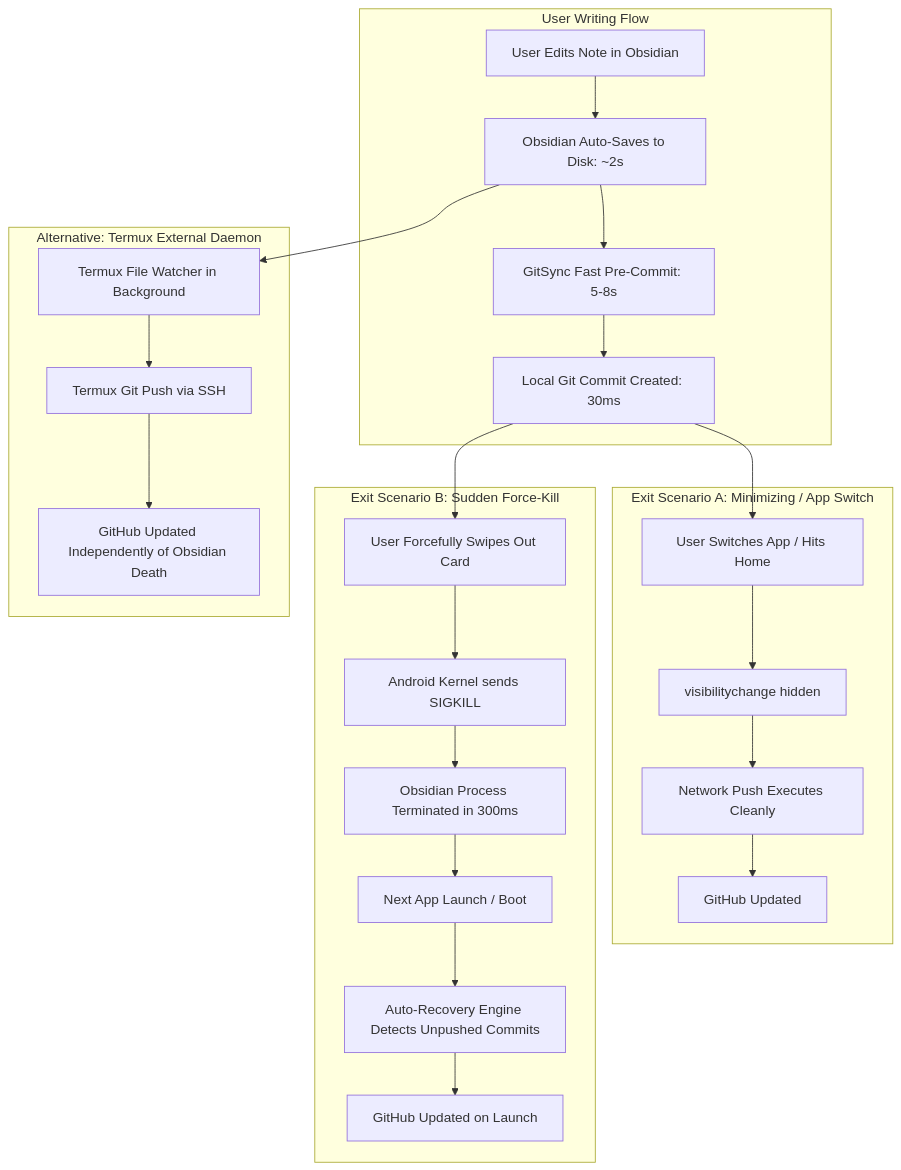
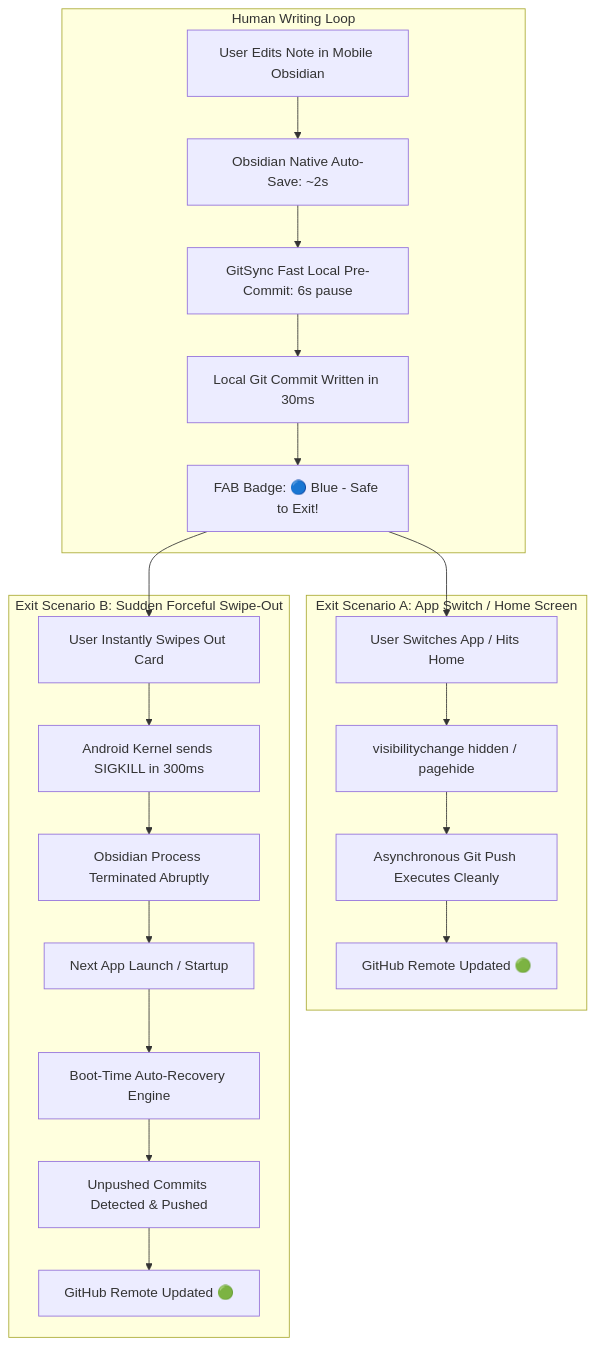
One commit to anonymous5-coder/Obsidian_files changed the diagram in GIT_SYNC_COMPANION_PROPOSAL.md. Above: the diagram before and after it, drawn with Mermaid. The commit also changed other lines of this file and 1 other file, not shown here.

````diff
--- a/GIT_SYNC_COMPANION_PROPOSAL.md
+++ b/GIT_SYNC_COMPANION_PROPOSAL.md
@@ -52,30 +52,26 @@
 ```mermaid
 flowchart TD
-    subgraph User Writing Flow
-        E[User Edits Note in Obsidian] --> SAVE[Obsidian Auto-Saves to Disk: ~2s]
-        SAVE --> PRECOMMIT[GitSync Fast Pre-Commit: 5-8s]
-        PRECOMMIT --> LOCAL_OK[Local Git Commit Created: 30ms]
+    subgraph Human Writing Loop
+        E[User Edits Note in Mobile Obsidian] --> SAVE[Obsidian Native Auto-Save: ~2s]
+        SAVE --> PRECOMMIT[GitSync Fast Local Pre-Commit: 6s pause]
+        PRECOMMIT --> LOCAL_OK[Local Git Commit Written in 30ms]
+        LOCAL_OK --> BLUE_UI[FAB Badge: 🔵 Blue - Safe to Exit!]
     end
 
-    subgraph Exit Scenario A: Minimizing / App Switch
-        LOCAL_OK --> SWIPE_A[User Switches App / Hits Home]
-        SWIPE_A --> VIS[visibilitychange hidden]
-        VIS --> PUSH_A[Network Push Executes Cleanly]
-        PUSH_A --> REMOTE_A[GitHub Updated]
+    subgraph Exit Scenario A: App Switch / Home Screen
+        BLUE_UI --> SWIPE_A[User Switches App / Hits Home]
+        SWIPE_A --> VIS[visibilitychange hidden / pagehide]
+        VIS --> PUSH_A[Asynchronous Git Push Executes Cleanly]
+        PUSH_A --> REMOTE_A[GitHub Remote Updated 🟢]
     end
 
-    subgraph Exit Scenario B: Sudden Force-Kill
-        LOCAL_OK --> SWIPE_B[User Forcefully Swipes Out Card]
-        SWIPE_B --> SIGKILL[Android Kernel sends SIGKILL]
-        SIGKILL --> DIED[Obsidian Process Terminated in 300ms]
-        DIED --> RECOVER[Next App Launch / Boot]
-        RECOVER --> BOOT_SYNC[Auto-Recovery Engine Detects Unpushed Commits]
-        BOOT_SYNC --> REMOTE_B[GitHub Updated on Launch]
-    end
-
-    subgraph Alternative: Termux External Daemon
-        SAVE --> TMX_WATCH[Termux File Watcher in Background]
-        TMX_WATCH --> TMX_PUSH[Termux Git Push via SSH]
-        TMX_PUSH --> REMOTE_C[GitHub Updated Independently of Obsidian Death]
+    subgraph Exit Scenario B: Sudden Forceful Swipe-Out
+        BLUE_UI --> SWIPE_B[User Instantly Swipes Out Card]
+        SWIPE_B --> SIGKILL[Android Kernel sends SIGKILL in 300ms]
+        SIGKILL --> DIED[Obsidian Process Terminated Abruptly]
+        DIED --> REBOOT[Next App Launch / Startup]
+        REBOOT --> RECOVER[Boot-Time Auto-Recovery Engine]
+        RECOVER --> BOOT_SYNC[Unpushed Commits Detected & Pushed]
+        BOOT_SYNC --> REMOTE_B[GitHub Remote Updated 🟢]
     end
 ```
````
